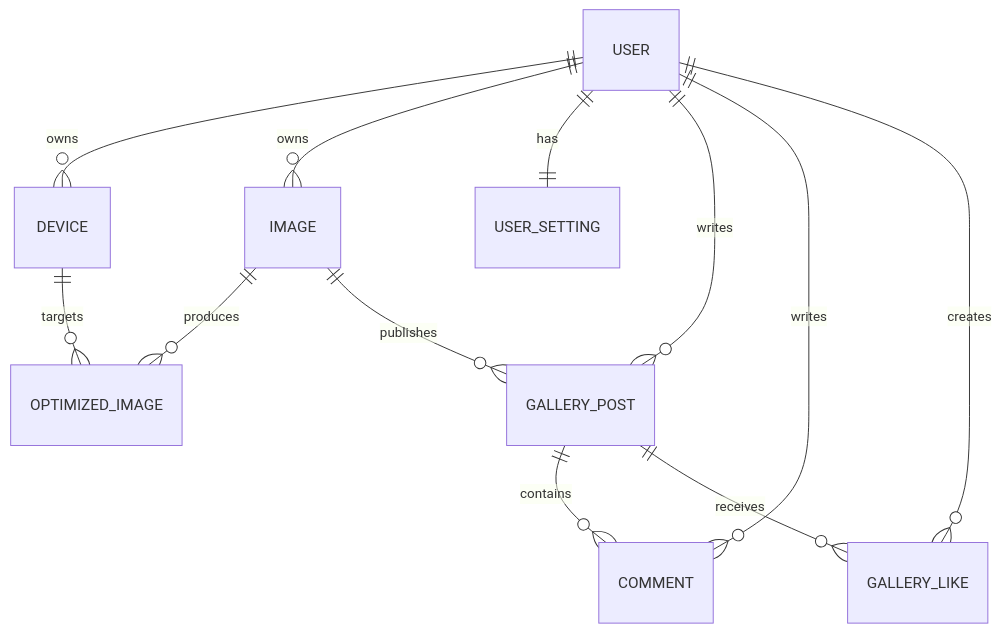
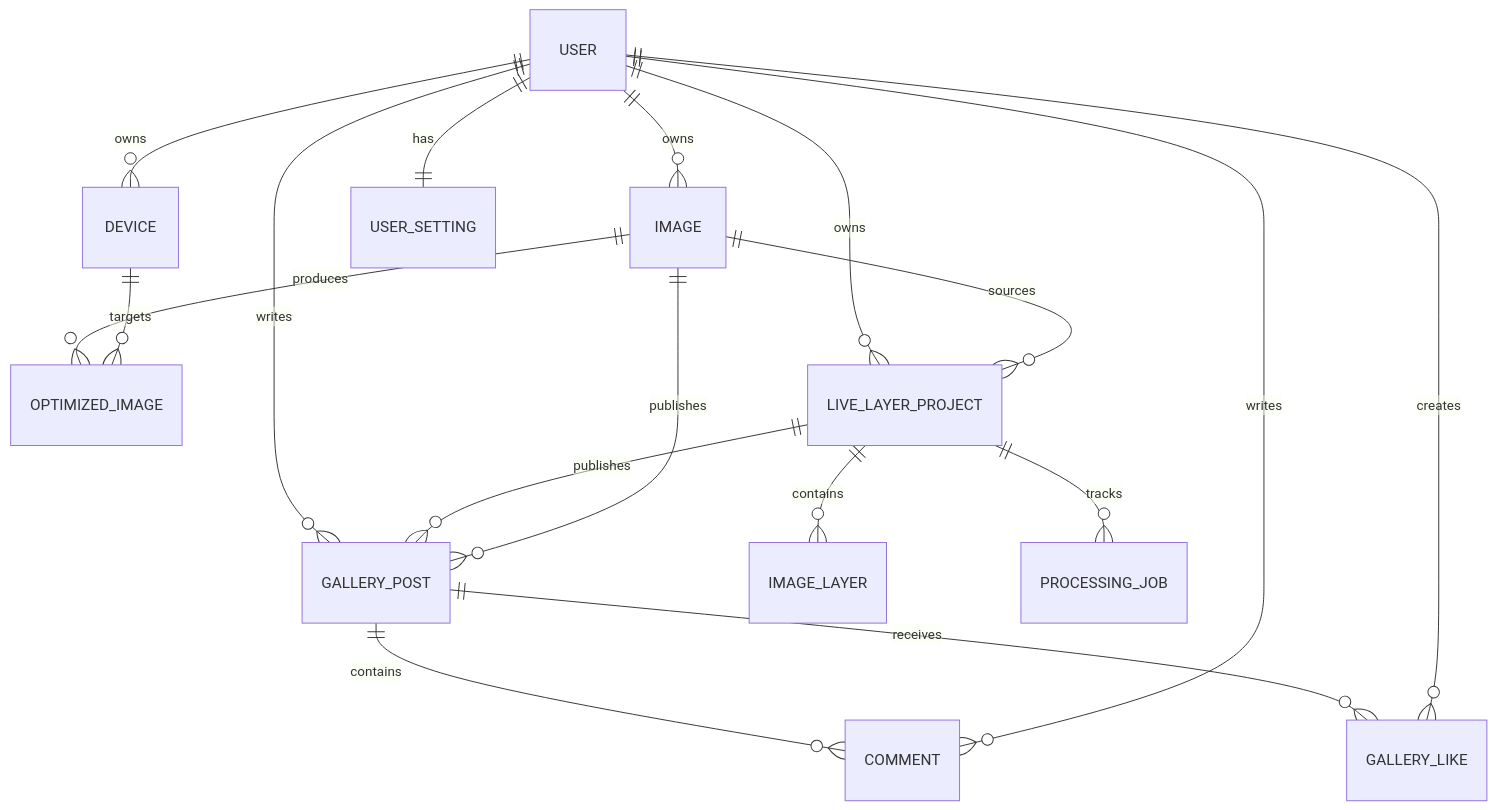
Before and after one commit to foxri0403/Upscale-Lab: the diagram in docs/architecture.md, drawn with Mermaid. The commit also changed other lines of this file and 63 other files, not shown here.

Commit message:
feat: migrate project to LiveLayer architecture

````diff
--- a/docs/architecture.md
+++ b/docs/architecture.md
@@ -13,14 +13,19 @@
 ```mermaid
 erDiagram
     USER ||--o{ DEVICE : owns
     USER ||--o{ IMAGE : owns
     USER ||--|| USER_SETTING : has
     IMAGE ||--o{ OPTIMIZED_IMAGE : produces
     DEVICE ||--o{ OPTIMIZED_IMAGE : targets
     USER ||--o{ GALLERY_POST : writes
+    USER ||--o{ LIVE_LAYER_PROJECT : owns
+    IMAGE ||--o{ LIVE_LAYER_PROJECT : sources
+    LIVE_LAYER_PROJECT ||--o{ IMAGE_LAYER : contains
+    LIVE_LAYER_PROJECT ||--o{ PROCESSING_JOB : tracks
+    LIVE_LAYER_PROJECT ||--o{ GALLERY_POST : publishes
     IMAGE ||--o{ GALLERY_POST : publishes
     GALLERY_POST ||--o{ COMMENT : contains
     USER ||--o{ COMMENT : writes
     GALLERY_POST ||--o{ GALLERY_LIKE : receives
     USER ||--o{ GALLERY_LIKE : creates
 ```
````
